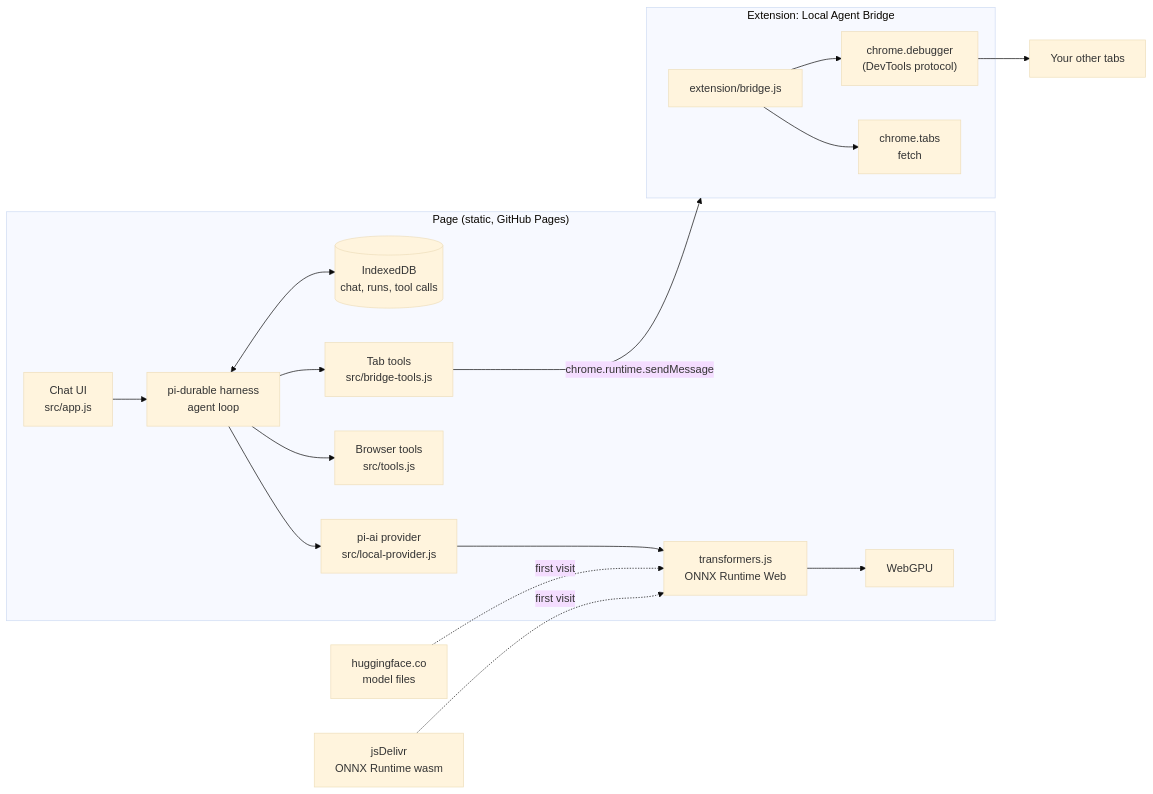
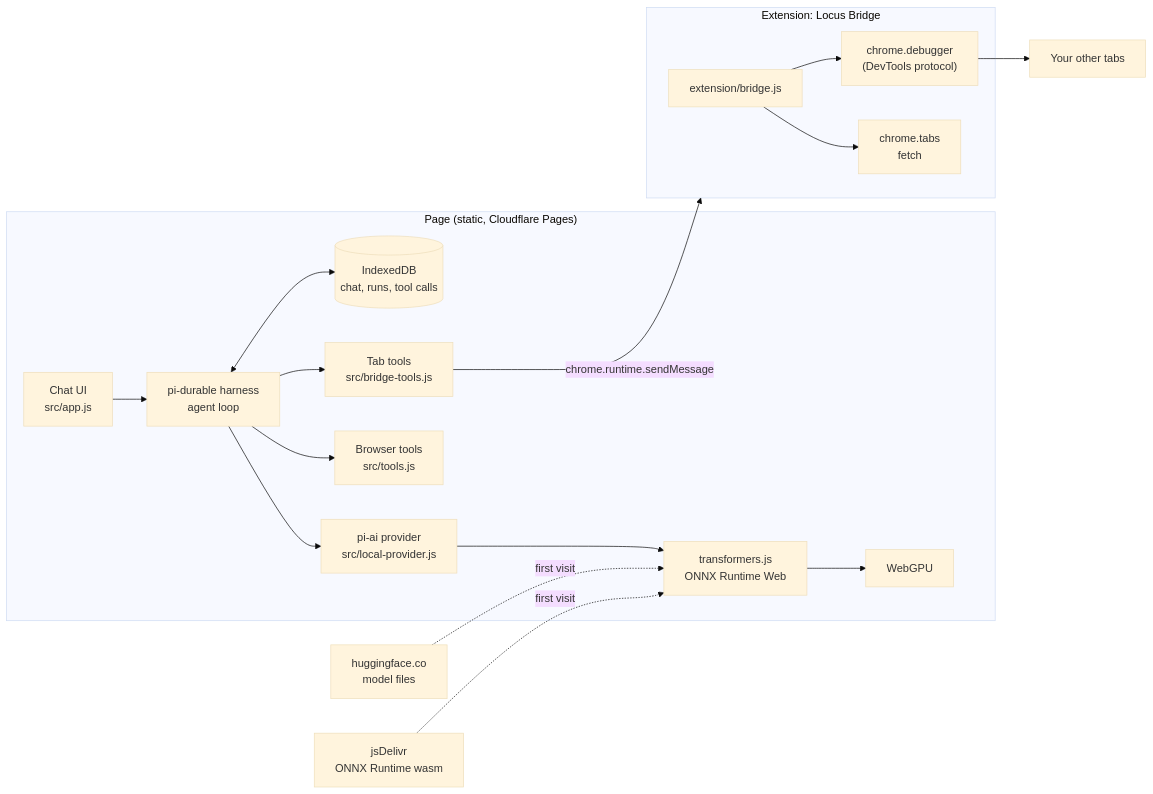
One commit to dontpanicv/locus changed the diagram in README.md. Above: the diagram before and after it, drawn with Mermaid (base theme). The commit also changed other lines of this file and 13 other files, not shown here.

First line of the commit message:
Rename to Locus, Swiss grid restyle, deploy to Cloudflare Pages

````diff
--- a/README.md
+++ b/README.md
@@ -15,19 +34,19 @@
 ```mermaid
 flowchart LR
-  subgraph page["Page (static, GitHub Pages)"]
+  subgraph page["Page (static, Cloudflare Pages)"]
     UI["Chat UI<br>src/app.js"] --> H["pi-durable harness<br>agent loop"]
     H <--> DB[("IndexedDB<br>chat, runs, tool calls")]
     H --> P["pi-ai provider<br>src/local-provider.js"]
     P --> TJ["transformers.js<br>ONNX Runtime Web"] --> GPU["WebGPU"]
     H --> BT["Browser tools<br>src/tools.js"]
     H --> TT["Tab tools<br>src/bridge-tools.js"]
   end
   TT -- "chrome.runtime.sendMessage" --> EXT
-  subgraph EXT["Extension: Local Agent Bridge"]
+  subgraph EXT["Extension: Locus Bridge"]
     B["extension/bridge.js"] --> CDP["chrome.debugger<br>(DevTools protocol)"]
     B --> TABS["chrome.tabs<br>fetch"]
   end
   CDP --> WEB["Your other tabs"]
   HF["huggingface.co<br>model files"] -. "first visit" .-> TJ
   JSD["jsDelivr<br>ONNX Runtime wasm"] -. "first visit" .-> TJ
 ```
````
